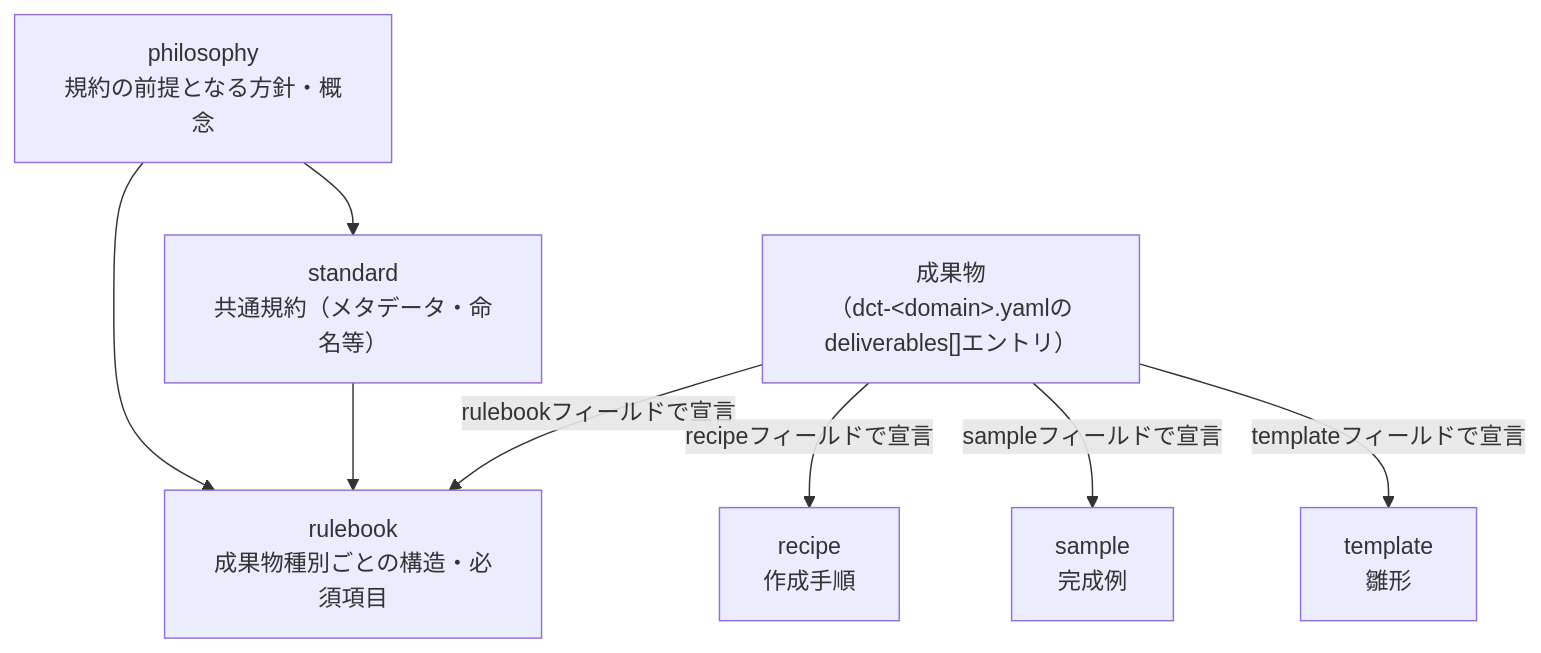
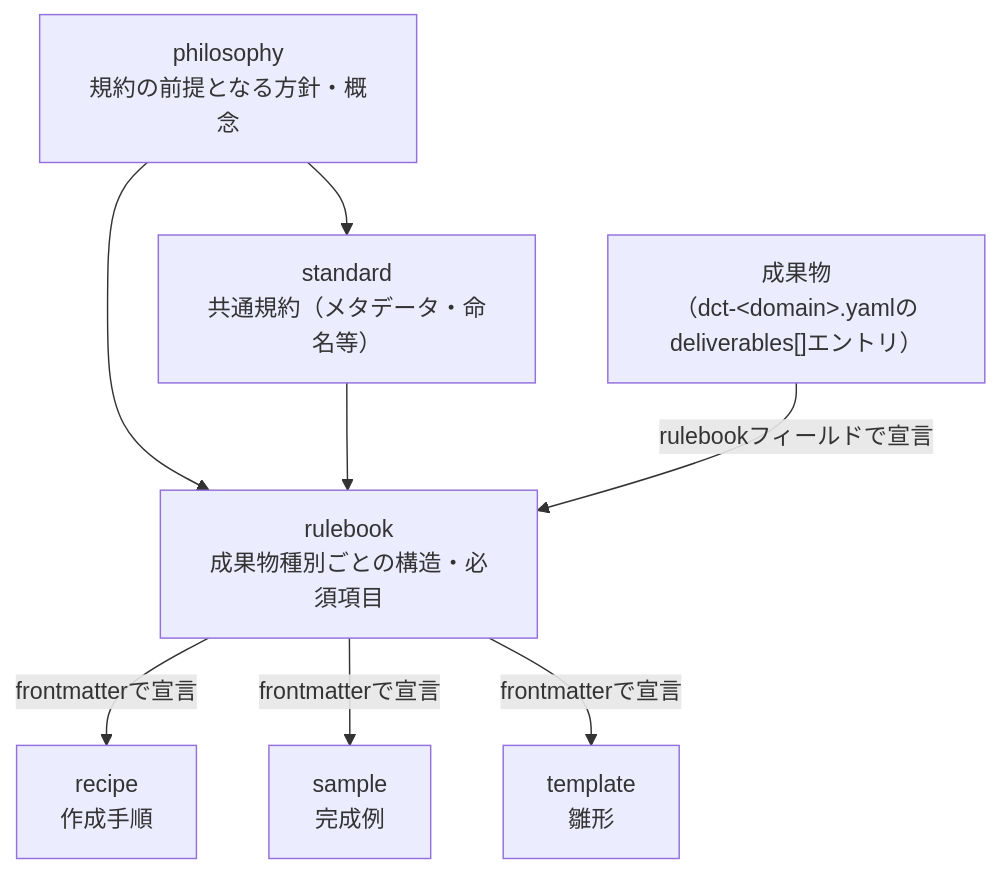
One commit to specdojo/specdojo changed the diagram in docs/ja/specdojo/guides/practice-system-composition-guide.md. Above: the diagram before and after it, drawn with Mermaid. The commit also changed other lines of this file and 149 other files, not shown here.

````diff
--- a/docs/ja/specdojo/guides/practice-system-composition-guide.md
+++ b/docs/ja/specdojo/guides/practice-system-composition-guide.md
@@ -61,18 +61,18 @@
 ```mermaid
 flowchart TB
   PHIL["philosophy<br/>規約の前提となる方針・概念"]
   STD["standard<br/>共通規約（メタデータ・命名等）"]
   RB["rulebook<br/>成果物種別ごとの構造・必須項目"]
   RC["recipe<br/>作成手順"]
   TPL["template<br/>雛形"]
   SMP["sample<br/>完成例"]
   DEL["成果物<br/>（dct-&lt;domain&gt;.yamlのdeliverables[]エントリ）"]
 
   PHIL --> STD
   PHIL --> RB
   STD --> RB
   DEL -->|rulebookフィールドで宣言| RB
-  DEL -->|recipeフィールドで宣言| RC
-  DEL -->|sampleフィールドで宣言| SMP
-  DEL -->|templateフィールドで宣言| TPL
+  RB -->|frontmatterで宣言| RC
+  RB -->|frontmatterで宣言| SMP
+  RB -->|frontmatterで宣言| TPL
 ```
````
